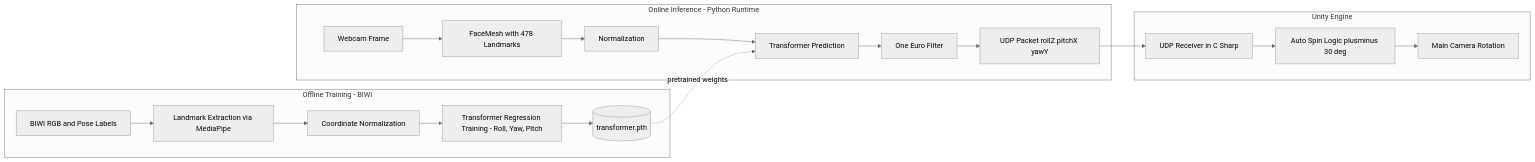
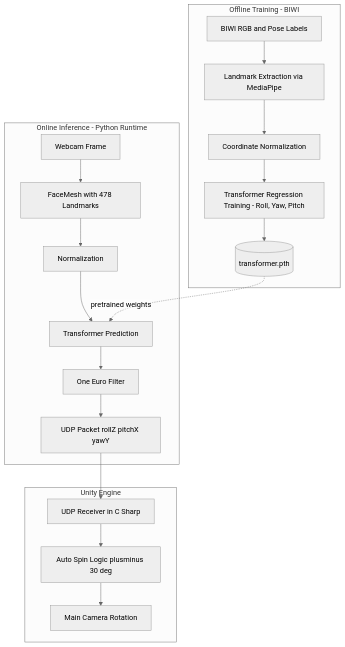
One commit to seonghwan97/Face-Tracking-Semi-Immersive-VR changed the second of 3 diagrams in README.md. Above: the diagram before and after it, drawn with Mermaid (neutral theme). The commit also changed other lines of this file and 1 other file, not shown here.

````diff
--- a/README.md
+++ b/README.md
@@ -177,30 +179,31 @@
 ```mermaid
 %%{init: {'flowchart': {'htmlLabels': false}}}%%
-flowchart LR
+flowchart TB
   %% ---------- Offline Training ----------
   subgraph TRAIN[Offline Training - BIWI]
     A1[BIWI RGB and Pose Labels] --> A2[Landmark Extraction via MediaPipe]
     A2 --> A3[Coordinate Normalization]
     A3 --> A4[Transformer Regression Training - Roll, Yaw, Pitch]
     A4 --> A5[(transformer.pth)]
   end
 
   %% ---------- Online Inference ----------
   subgraph INFER[Online Inference - Python Runtime]
     B1[Webcam Frame] --> B2[FaceMesh with 478 Landmarks]
     B2 --> B3[Normalization]
     B3 --> B4[Transformer Prediction]
     B4 --> B5[One Euro Filter]
     B5 --> B6[UDP Packet rollZ pitchX yawY]
   end
 
   %% ---------- Unity ----------
   subgraph UNITY[Unity Engine]
     C1[UDP Receiver in C Sharp] --> C2[Auto Spin Logic plusminus 30 deg]
     C2 --> C3[Main Camera Rotation]
   end
 
   %% ---------- Cross Links ----------
   A5 -. pretrained weights .-> B4
   B6 --> C1
+
 ```
````
